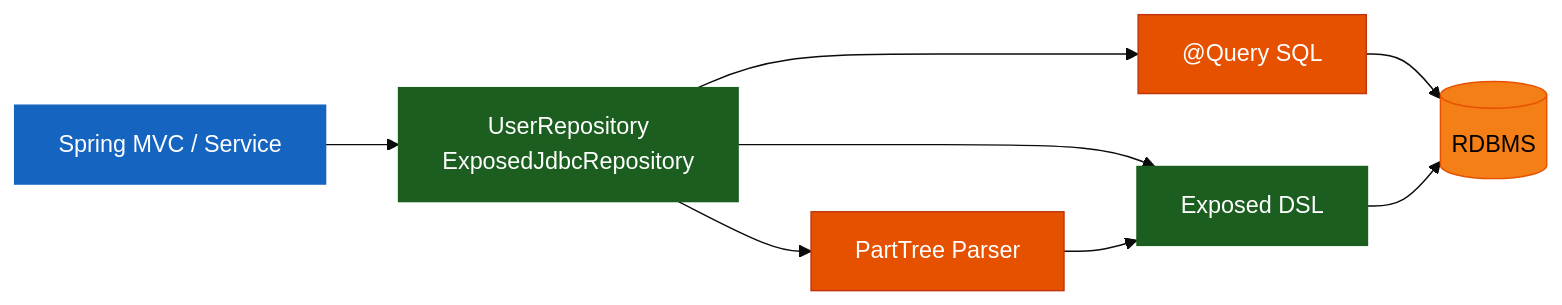
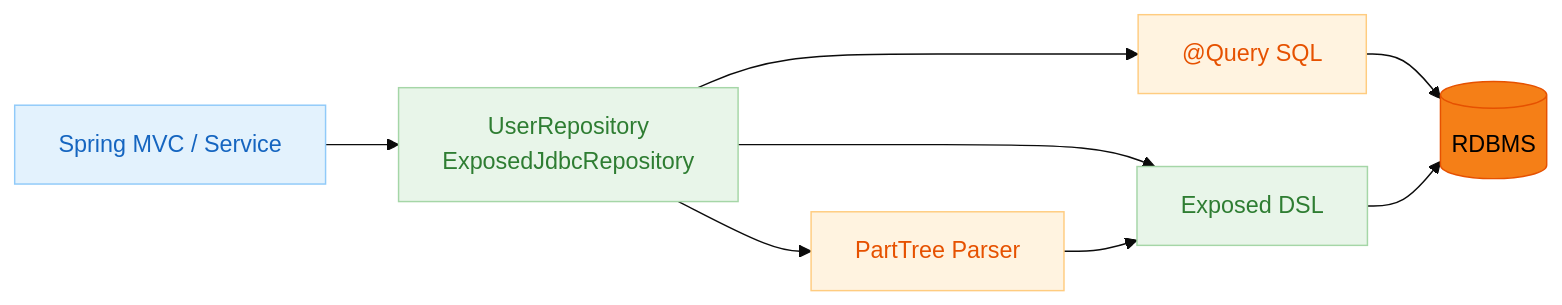
The second of 2 diagrams in spring-boot3/exposed-jdbc/README.ko.md (bluetape4k/bluetape4k-projects), drawn with Mermaid (base theme) before and after one commit. The commit also changed other lines of this file and 219 other files, not shown here.

First line of the commit message:
docs: 전체 README Mermaid 다이어그램 가이드 적용

````diff
--- a/spring-boot3/exposed-jdbc/README.ko.md
+++ b/spring-boot3/exposed-jdbc/README.ko.md
@@ -73,29 +73,29 @@
 ```mermaid
 flowchart LR
     Controller["Spring MVC / Service"]
     Repo["UserRepository<br/>ExposedJdbcRepository"]
     PartTree["PartTree Parser"]
     Query["@Query SQL"]
     DSL["Exposed DSL"]
     DB[("RDBMS")]
 
     Controller --> Repo
     Repo --> PartTree
     Repo --> Query
     Repo --> DSL
     PartTree --> DSL
     Query --> DB
     DSL --> DB
 
-    classDef serviceStyle fill:#1565C0,stroke:#1565C0,color:#FFFFFF
-    classDef coreStyle fill:#1B5E20,stroke:#1B5E20,color:#FFFFFF
+    classDef serviceStyle fill:#E3F2FD,stroke:#90CAF9,color:#1565C0
+    classDef coreStyle fill:#E8F5E9,stroke:#A5D6A7,color:#2E7D32
     classDef dataStyle fill:#F57F17,stroke:#E65100,color:#000000
-    classDef utilStyle fill:#E65100,stroke:#BF360C,color:#FFFFFF
+    classDef utilStyle fill:#FFF3E0,stroke:#FFCC80,color:#E65100
 
     class Controller serviceStyle
     class Repo coreStyle
     class PartTree utilStyle
     class Query utilStyle
     class DSL coreStyle
     class DB dataStyle
 ```
````
